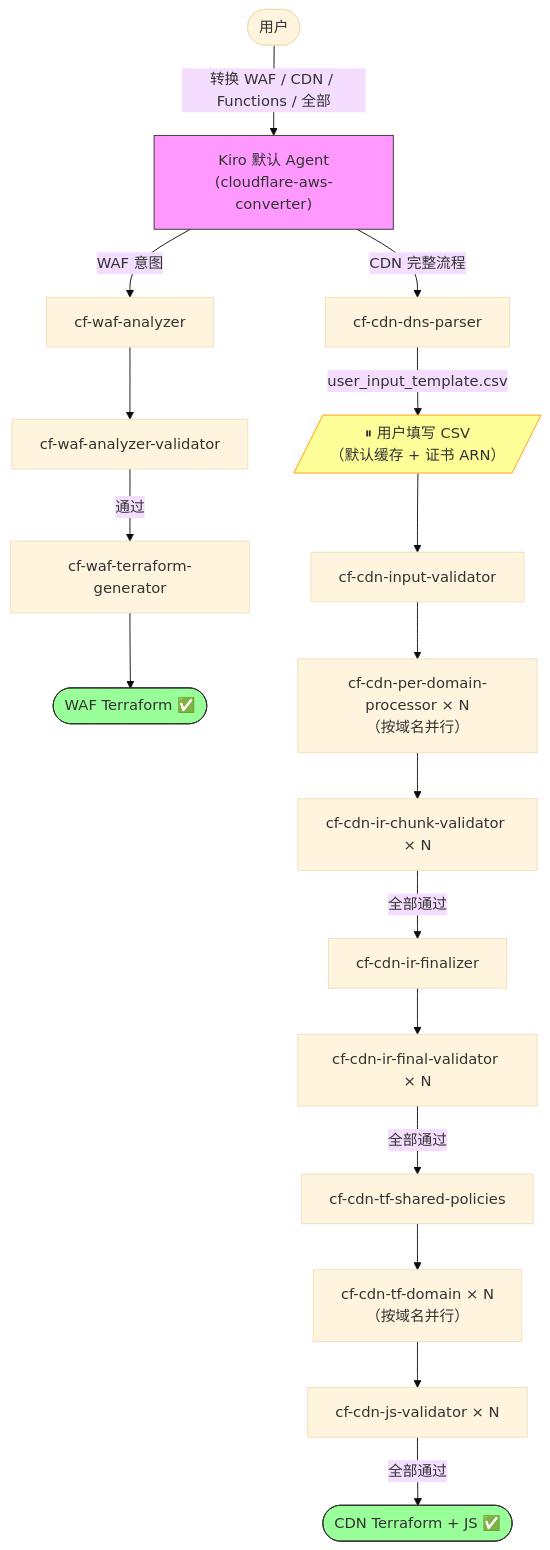
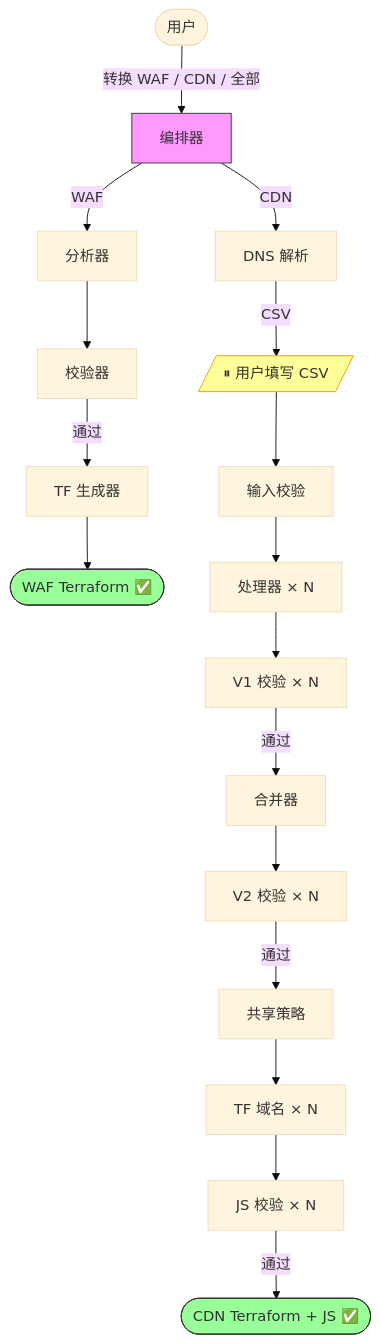
The diagram in README_CN.md (chenghit/cloudflare-aws-edge-config-converter), drawn with Mermaid (base theme) before and after one commit. The commit also changed other lines of this file and 1 other file, not shown here.

````diff
--- a/README_CN.md
+++ b/README_CN.md
@@ -38,26 +69,22 @@
 ```mermaid
 flowchart TD
-    User([用户]) -->|"转换 WAF / CDN / Functions / 全部"| Main["Kiro 默认 Agent\n(cloudflare-aws-converter)"]
+    User([用户]) -->|"转换 WAF / CDN / 全部"| Main["编排器"]
 
-    Main -->|WAF 意图| WAF_A["cf-waf-analyzer"]
-    WAF_A --> WAF_V["cf-waf-analyzer-validator"]
-    WAF_V -->|通过| WAF_G["cf-waf-terraform-generator"]
-    WAF_G --> WAF_Done([WAF Terraform ✅])
+    Main -->|WAF| WAF_A["分析器"] --> WAF_V["校验器"] -->|通过| WAF_G["TF 生成器"] --> WAF_Done([WAF Terraform ✅])
 
-    Main -->|CDN 完整流程| CDN1["cf-cdn-dns-parser"]
-    CDN1 -->|user_input_template.csv| Pause[/"⏸ 用户填写 CSV\n（默认缓存 + 证书 ARN）"/]
-    Pause --> CDN2["cf-cdn-input-validator"]
-    CDN2 --> CDN3["cf-cdn-per-domain-processor × N\n（按域名并行）"]
-    CDN3 --> CDN4["cf-cdn-ir-chunk-validator × N"]
-    CDN4 -->|全部通过| CDN5["cf-cdn-ir-finalizer"]
-    CDN5 --> CDN6["cf-cdn-ir-final-validator × N"]
-    CDN6 -->|全部通过| CDN7["cf-cdn-tf-shared-policies"]
-    CDN7 --> CDN8["cf-cdn-tf-domain × N\n（按域名并行）"]
-    CDN8 --> CDN9["cf-cdn-js-validator × N"]
-    CDN9 -->|全部通过| CDN_Done([CDN Terraform + JS ✅])
+    Main -->|CDN| CDN1["DNS 解析"] -->|CSV| Pause[/"⏸ 用户填写 CSV"/]
+    Pause --> CDN2["输入校验"]
+    CDN2 --> CDN3["处理器 × N"]
+    CDN3 --> CDN4["V1 校验 × N"]
+    CDN4 -->|通过| CDN5["合并器"]
+    CDN5 --> CDN6["V2 校验 × N"]
+    CDN6 -->|通过| CDN7["共享策略"]
+    CDN7 --> CDN8["TF 域名 × N"]
+    CDN8 --> CDN9["JS 校验 × N"]
+    CDN9 -->|通过| CDN_Done([CDN Terraform + JS ✅])
 
     style Main fill:#f9f,stroke:#333
     style Pause fill:#ff9,stroke:#f90
     style WAF_Done fill:#9f9,stroke:#333
     style CDN_Done fill:#9f9,stroke:#333
 ```
````
